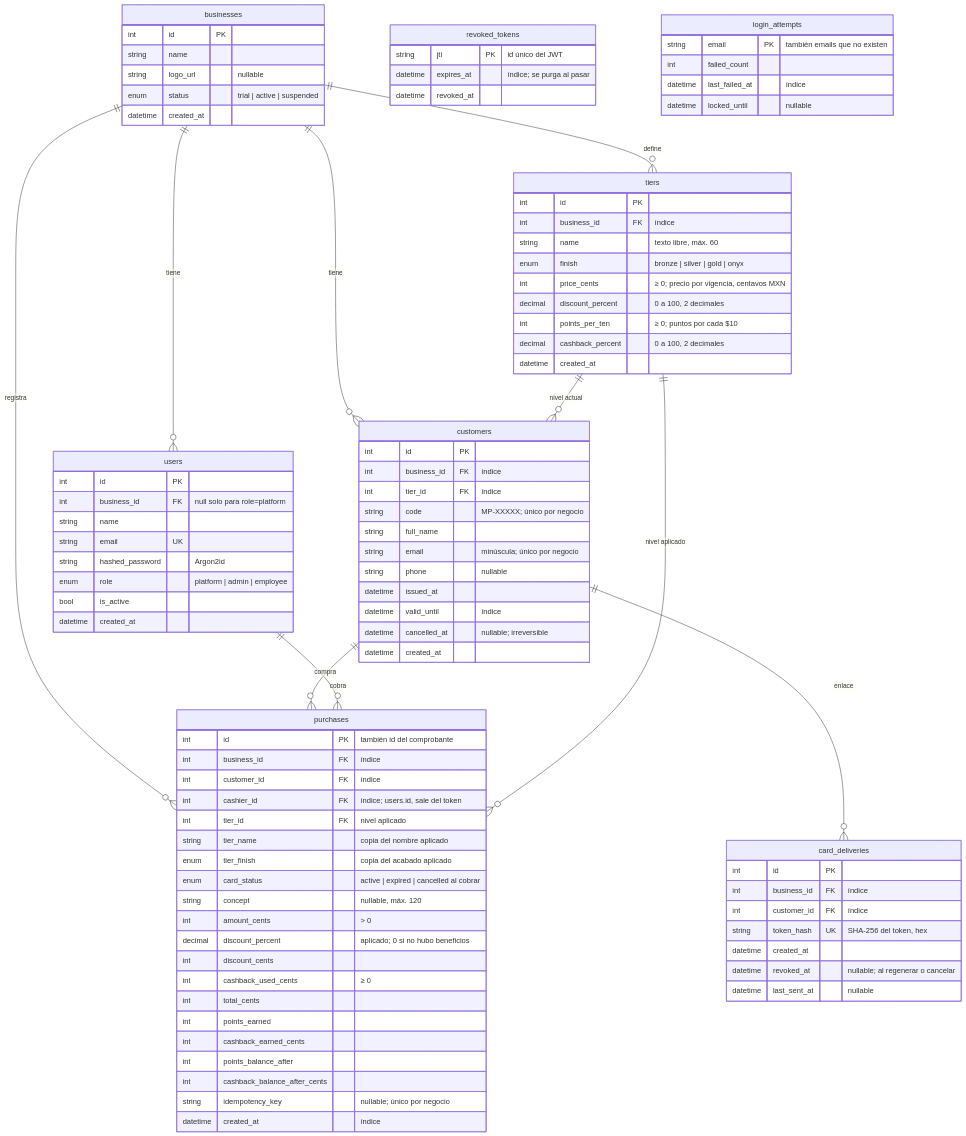
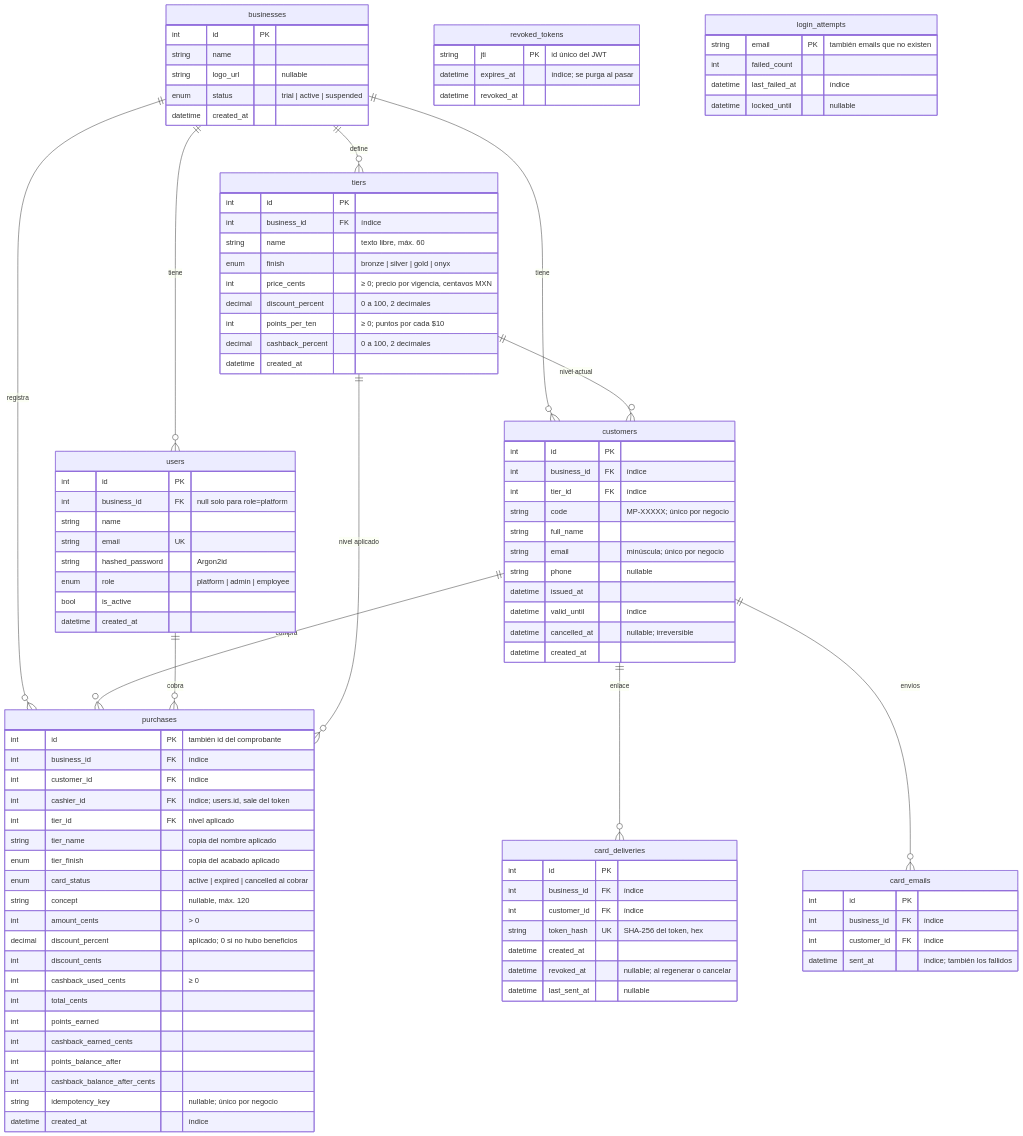
Before and after one commit to AGA-Studio/Member-Web: the third of 13 diagrams in docs/ARCHITECTURE.md, drawn with Mermaid. The commit also changed other lines of this file and 1 other file, not shown here.

```diff
--- a/docs/ARCHITECTURE.md
+++ b/docs/ARCHITECTURE.md
@@ -120,6 +122,7 @@
     users ||--o{ purchases : "cobra"
     tiers ||--o{ purchases : "nivel aplicado"
     customers ||--o{ card_deliveries : "enlace"
+    customers ||--o{ card_emails : "envíos"
 
     businesses {
         int id PK
@@ -199,6 +202,13 @@
         datetime last_sent_at "nullable"
     }
 
+    card_emails {
+        int id PK
+        int business_id FK "índice"
+        int customer_id FK "índice"
+        datetime sent_at "índice; también los fallidos"
+    }
+
     revoked_tokens {
         string jti PK "id único del JWT"
         datetime expires_at "índice; se purga al pasar"
```
